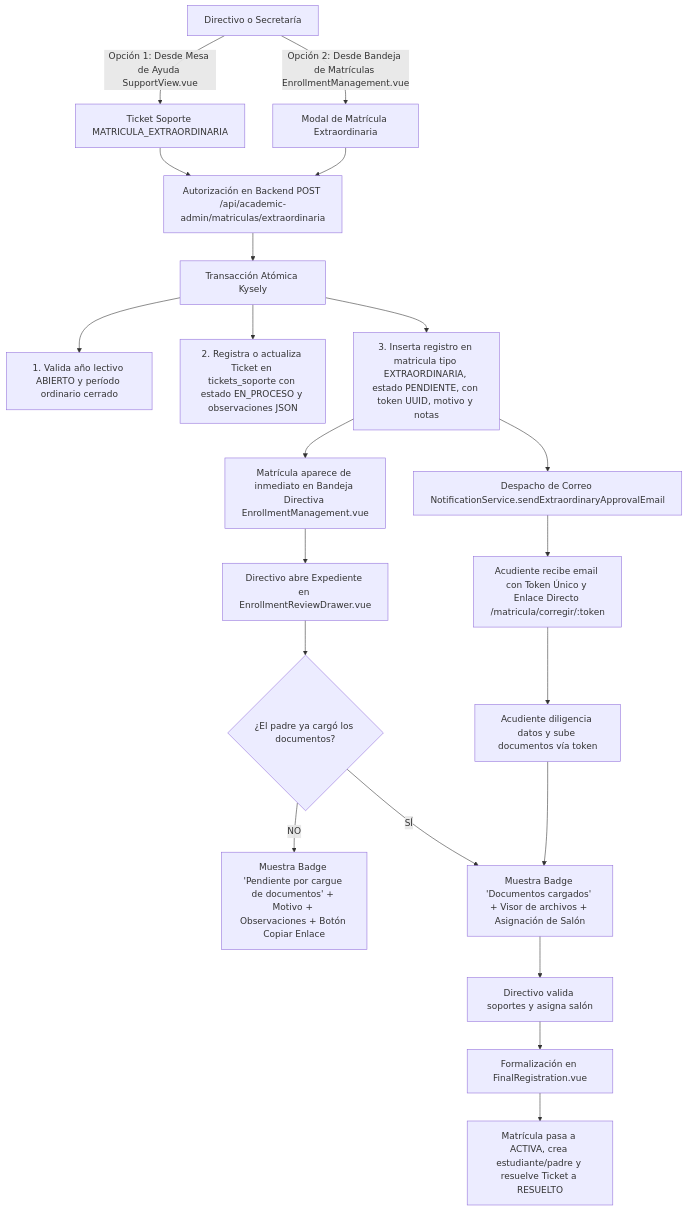
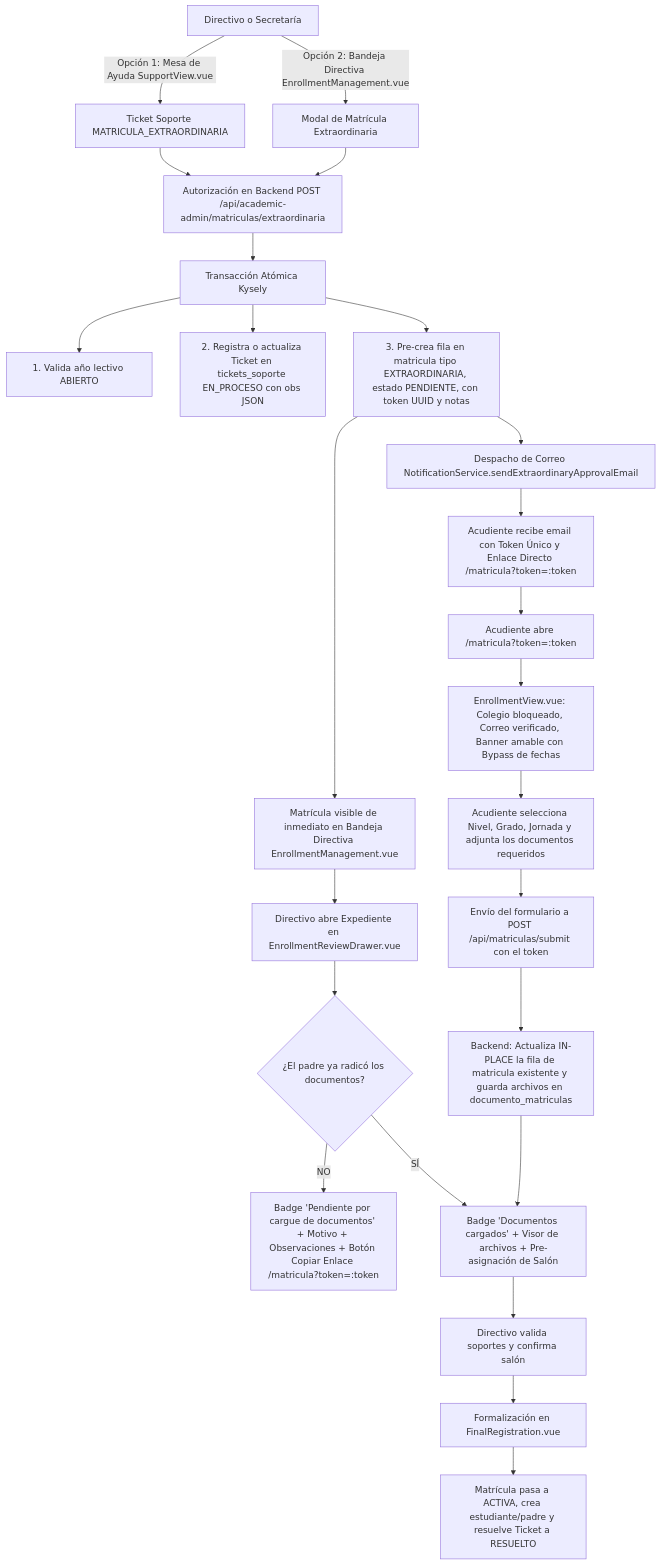
The diagram in guides/modules/06_matriculas/matriculas.md (DanExl24/AcademiaNeiva), drawn with Mermaid before and after one commit. The commit also changed other lines of this file and 4 other files, not shown here.

Commit message:
docs(matriculas): actualizar documentacion modular e IEEE 830 detallando el flujo de matricula extraordinaria con bypass, prellenado y actualizacion in-place

````diff
--- a/guides/modules/06_matriculas/matriculas.md
+++ b/guides/modules/06_matriculas/matriculas.md
@@ -68,30 +68,35 @@
 ```mermaid
 flowchart TD
-    A[Directivo o Secretaría] -->|Opción 1: Desde Mesa de Ayuda SupportView.vue| B[Ticket Soporte MATRICULA_EXTRAORDINARIA]
-    A -->|Opción 2: Desde Bandeja de Matrículas EnrollmentManagement.vue| C[Modal de Matrícula Extraordinaria]
+    A[Directivo o Secretaría] -->|Opción 1: Mesa de Ayuda SupportView.vue| B[Ticket Soporte MATRICULA_EXTRAORDINARIA]
+    A -->|Opción 2: Bandeja Directiva EnrollmentManagement.vue| C[Modal de Matrícula Extraordinaria]
     
     B --> D[Autorización en Backend POST /api/academic-admin/matriculas/extraordinaria]
     C --> D
     
     D --> E[Transacción Atómica Kysely]
-    E --> F[1. Valida año lectivo ABIERTO y período ordinario cerrado]
-    E --> G[2. Registra o actualiza Ticket en tickets_soporte con estado EN_PROCESO y observaciones JSON]
-    E --> H[3. Inserta registro en matricula tipo EXTRAORDINARIA, estado PENDIENTE, con token UUID, motivo y notas]
+    E --> F[1. Valida año lectivo ABIERTO]
+    E --> G[2. Registra o actualiza Ticket en tickets_soporte EN_PROCESO con obs JSON]
+    E --> H[3. Pre-crea fila en matricula tipo EXTRAORDINARIA, estado PENDIENTE, con token UUID y notas]
     
     H --> I[Despacho de Correo NotificationService.sendExtraordinaryApprovalEmail]
-    I --> J[Acudiente recibe email con Token Único y Enlace Directo /matricula/corregir/:token]
+    I --> J[Acudiente recibe email con Token Único y Enlace Directo /matricula?token=:token]
     
-    H --> K[Matrícula aparece de inmediato en Bandeja Directiva EnrollmentManagement.vue]
+    H --> K[Matrícula visible de inmediato en Bandeja Directiva EnrollmentManagement.vue]
     K --> L[Directivo abre Expediente en EnrollmentReviewDrawer.vue]
     
-    L --> M{¿El padre ya cargó los documentos?}
-    M -->|NO| N[Muestra Badge 'Pendiente por cargue de documentos' + Motivo + Observaciones + Botón Copiar Enlace]
-    M -->|SÍ| O[Muestra Badge 'Documentos cargados' + Visor de archivos + Asignación de Salón]
+    L --> M{¿El padre ya radicó los documentos?}
+    M -->|NO| N[Badge 'Pendiente por cargue de documentos' + Motivo + Observaciones + Botón Copiar Enlace /matricula?token=:token]
+    M -->|SÍ| O[Badge 'Documentos cargados' + Visor de archivos + Pre-asignación de Salón]
     
-    J --> P[Acudiente diligencia datos y sube documentos vía token]
-    P --> O
+    J --> P[Acudiente abre /matricula?token=:token]
+    P --> Q[EnrollmentView.vue: Colegio bloqueado, Correo verificado, Banner amable con Bypass de fechas]
+    Q --> R[Acudiente selecciona Nivel, Grado, Jornada y adjunta los documentos requeridos]
+    R --> S[Envío del formulario a POST /api/matriculas/submit con el token]
     
-    O --> Q[Directivo valida soportes y asigna salón]
-    Q --> R[Formalización en FinalRegistration.vue]
-    R --> S[Matrícula pasa a ACTIVA, crea estudiante/padre y resuelve Ticket a RESUELTO]
+    S --> T[Backend: Actualiza IN-PLACE la fila de matricula existente y guarda archivos en documento_matriculas]
+    T --> O
+    
+    O --> U[Directivo valida soportes y confirma salón]
+    U --> V[Formalización en FinalRegistration.vue]
+    V --> W[Matrícula pasa a ACTIVA, crea estudiante/padre y resuelve Ticket a RESUELTO]
 ```
````
